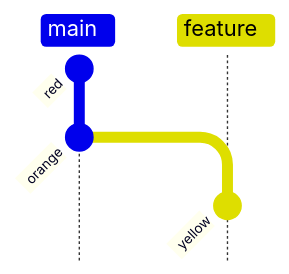
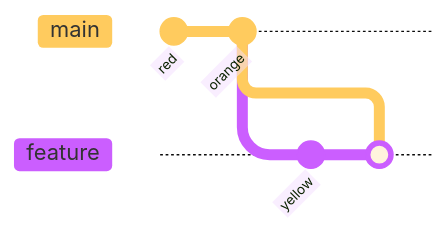
One commit to linduarte/git-graph changed the diagram in rainbow_repo.md. Above: the diagram before and after it, drawn with Mermaid. The commit also changed other lines of this file and 5 other files, not shown here.

````diff
--- a/rainbow_repo.md
+++ b/rainbow_repo.md
@@ -8,10 +8,12 @@
 ```mermaid
+%%{init: { 'logLevel': 'debug', 'theme': 'base', 'gitGraph': {'showBranches': true, 'showCommitLabel':true,'mainBranchOrder': 0}} }%%
 
 
-gitGraph TB:
+gitGraph LR:
     commit id:"red"
     commit id:"orange"
     branch feature
     commit id:"yellow"
+    merge main
 
 ```
````
